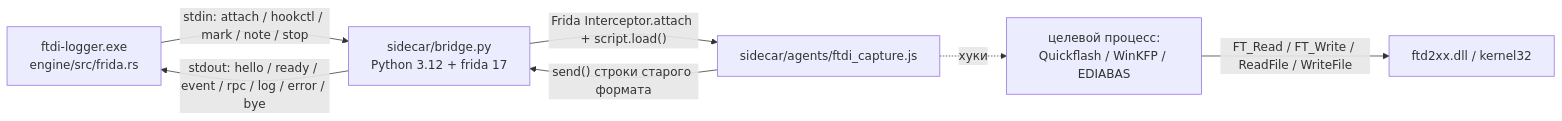
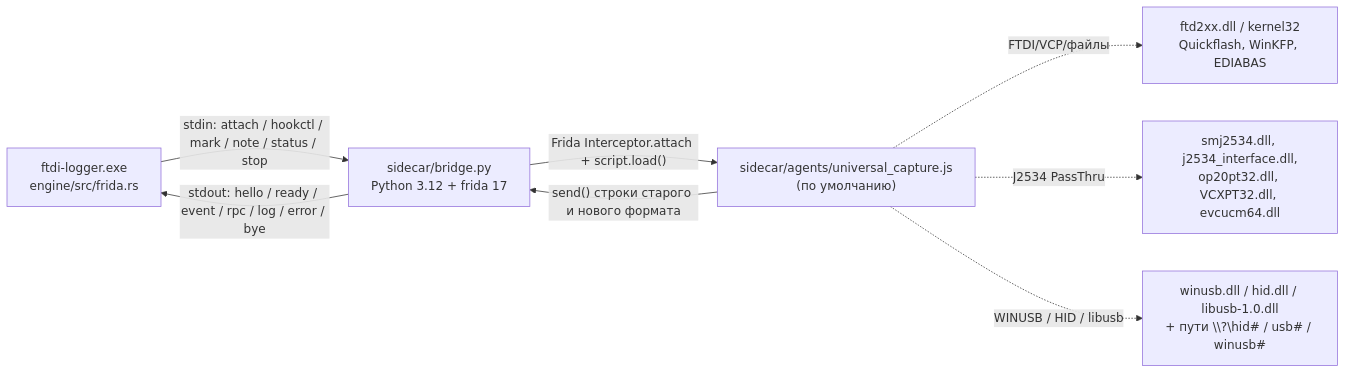
The first of 2 diagrams in sidecar/README.md (Ydjin1984/ftdi-usb-logger), drawn with Mermaid before and after one commit. The commit also changed other lines of this file and 32 other files, not shown here.

````diff
--- a/sidecar/README.md
+++ b/sidecar/README.md
@@ -12,9 +13,10 @@
 ```mermaid
 flowchart LR
-    ENG["ftdi-logger.exe<br/>engine/src/frida.rs"] -->|"stdin: attach / hookctl / mark / note / stop"| BR["sidecar/bridge.py<br/>Python 3.12 + frida 17"]
+    ENG["ftdi-logger.exe<br/>engine/src/frida.rs"] -->|"stdin: attach / hookctl / mark / note / status / stop"| BR["sidecar/bridge.py<br/>Python 3.12 + frida 17"]
     BR -->|"stdout: hello / ready / event / rpc / log / error / bye"| ENG
-    BR -->|"Frida Interceptor.attach + script.load()"| AG["sidecar/agents/ftdi_capture.js"]
-    AG -->|"send() строки старого формата"| BR
-    AG -.->|"хуки"| TGT["целевой процесс:<br/>Quickflash / WinKFP / EDIABAS"]
-    TGT -->|"FT_Read / FT_Write / ReadFile / WriteFile"| DLL["ftd2xx.dll / kernel32"]
+    BR -->|"Frida Interceptor.attach + script.load()"| AG["sidecar/agents/universal_capture.js<br/>(по умолчанию)"]
+    AG -->|"send() строки старого и нового формата"| BR
+    AG -.->|"FTDI/VCP/файлы"| D1["ftd2xx.dll / kernel32<br/>Quickflash, WinKFP, EDIABAS"]
+    AG -.->|"J2534 PassThru"| D2["smj2534.dll, j2534_interface.dll,<br/>op20pt32.dll, VCXPT32.dll, evcucm64.dll"]
+    AG -.->|"WINUSB / HID / libusb"| D3["winusb.dll / hid.dll / libusb-1.0.dll<br/>+ пути \\?\hid# / usb# / winusb#"]
 ```
````
